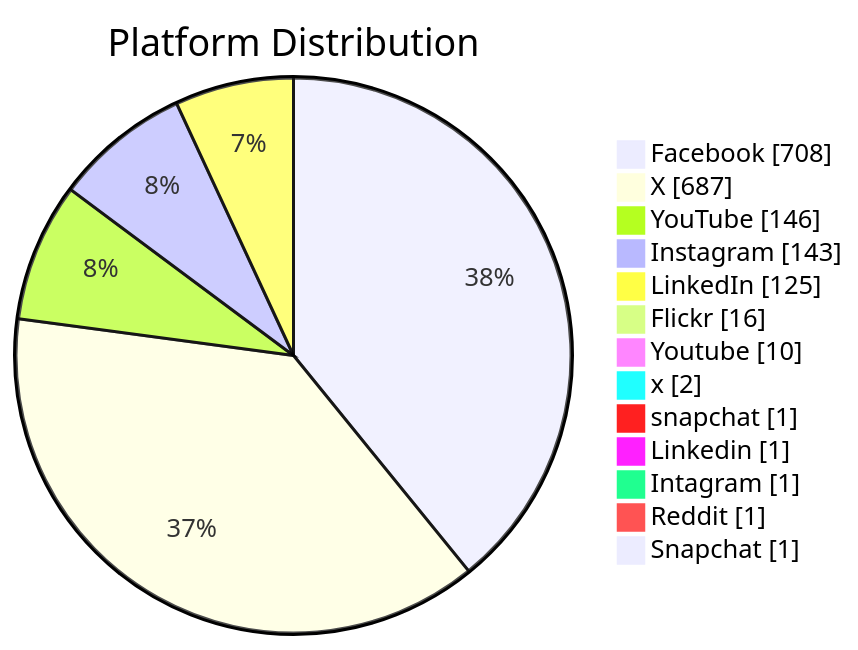
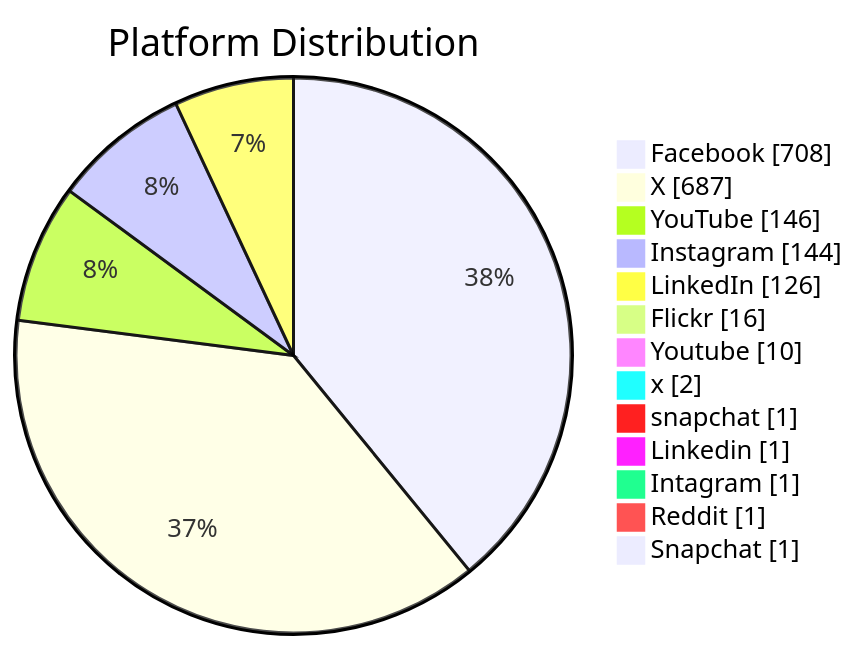
The second of 6 diagrams in README.md (PatLittle/GC-Socials), drawn with Mermaid before and after one commit. The commit also changed other lines of this file, not shown here.

Commit message:
Update README with Platform Distribution pie chart

````diff
--- a/README.md
+++ b/README.md
@@ -47,16 +47,16 @@
 ```mermaid
 pie showData title Platform Distribution
     "Facebook": 708
     "X": 687
     "YouTube": 146
-    "Instagram": 143
-    "LinkedIn": 125
+    "Instagram": 144
+    "LinkedIn": 126
     "Flickr": 16
     "Youtube": 10
     "x": 2
     "snapchat": 1
     "Linkedin": 1
     "Intagram": 1
     "Reddit": 1
     "Snapchat": 1
 ```
````
